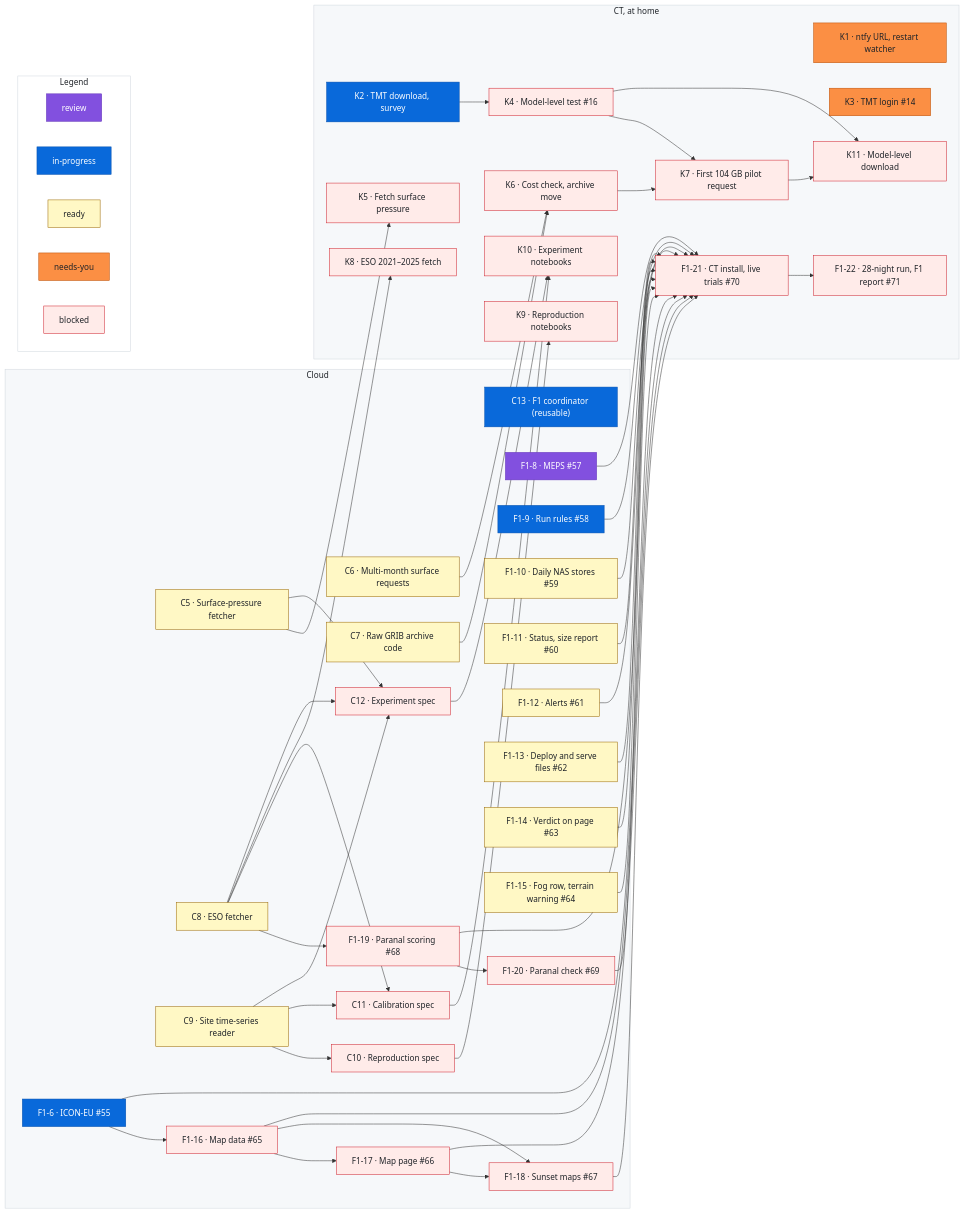
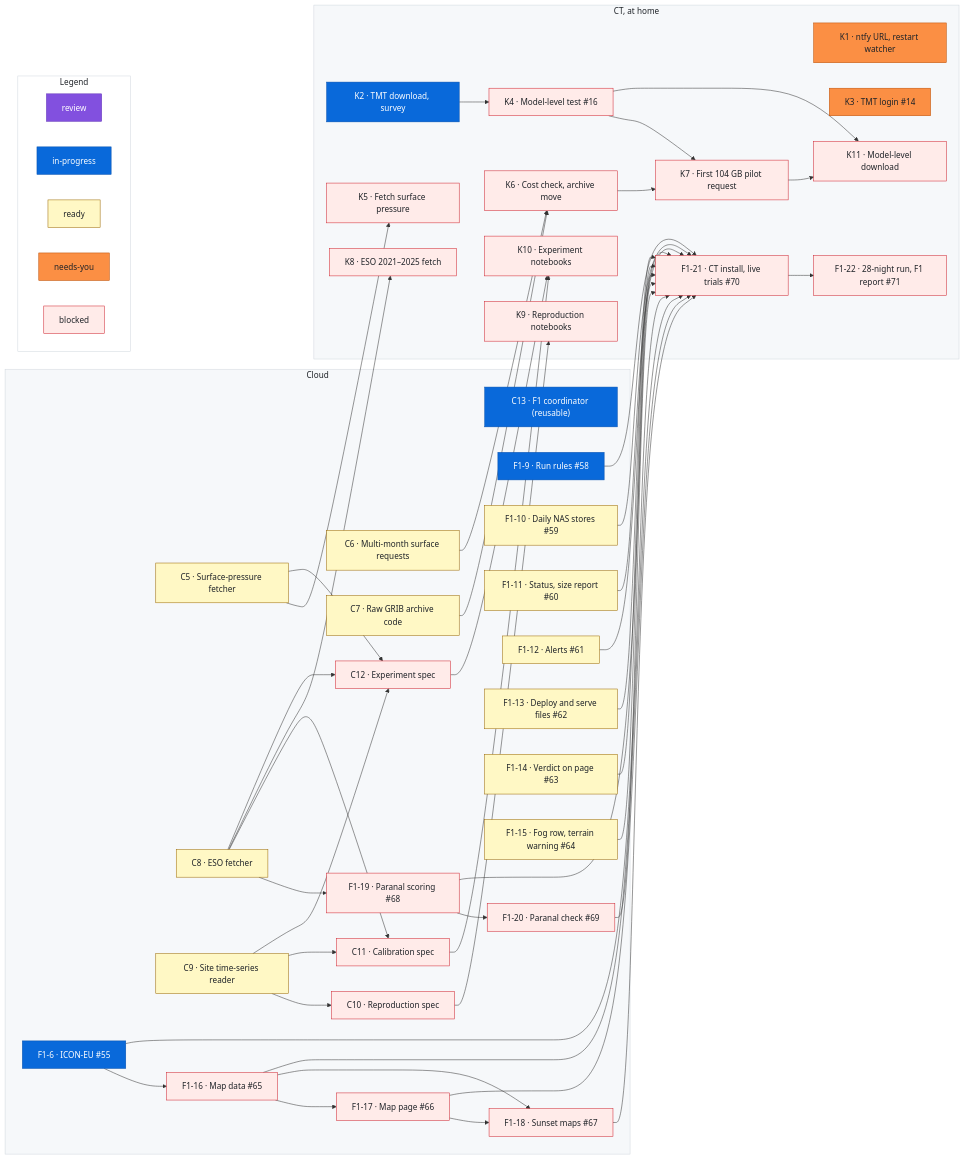
The diagram in docs/roadmap.md (rrweller/Astro-seeing), drawn with Mermaid before and after one commit. The commit also changed other lines of this file, not shown here.

First line of the commit message:
roadmap: remove F1-8 (#84 merged)

```diff
--- a/docs/roadmap.md
+++ b/docs/roadmap.md
@@ -107,7 +105,6 @@
     C12["C12 · Experiment spec"]
     C13["C13 · F1 coordinator (reusable)"]
     F1_6["F1-6 · ICON-EU #55"]
-    F1_8["F1-8 · MEPS #57"]
     F1_9["F1-9 · Run rules #58"]
     F1_10["F1-10 · Daily NAS stores #59"]
     F1_11["F1-11 · Status, size report #60"]
@@ -143,7 +140,6 @@
   C8 --> F1_19
   F1_19 --> F1_20
   F1_6 --> F1_21
-  F1_8 --> F1_21
   F1_9 --> F1_21
   F1_10 --> F1_21
   F1_11 --> F1_21
@@ -210,8 +206,6 @@
   %% ---
   class F1_6 inprogress
   %% ---
-  class F1_8 review
-  %% ---
   class F1_9 inprogress
   %% ---
   class F1_10 ready
```
